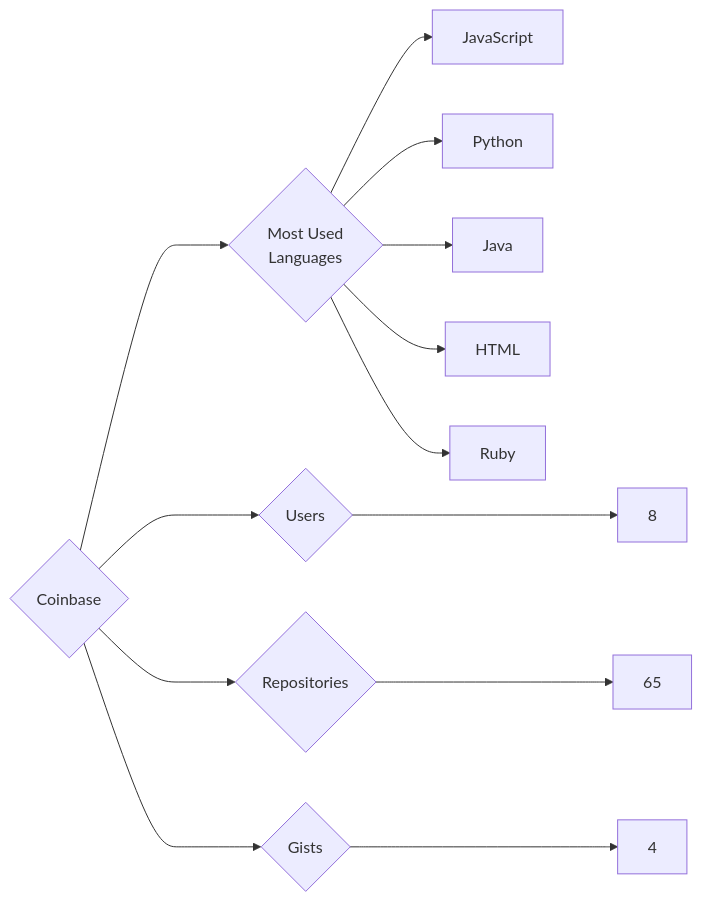
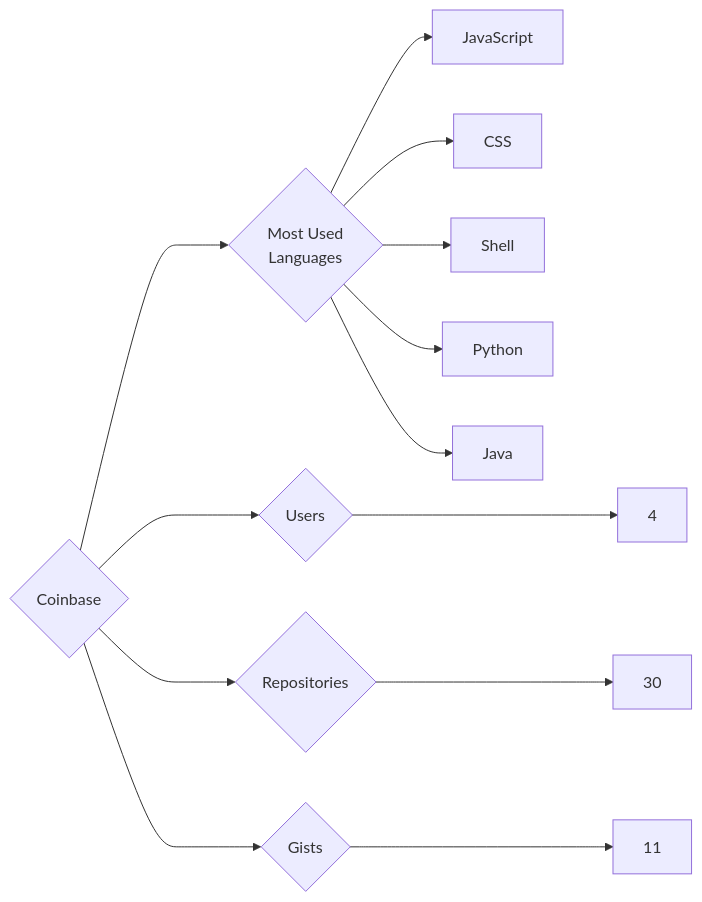
The diagram in targets/Coinbase/README.md (trickest/insiders), drawn with Mermaid before and after one commit. The commit also changed 618 other files, not shown here.

````diff
--- a/targets/Coinbase/README.md
+++ b/targets/Coinbase/README.md
@@ -3,13 +3,13 @@
 ```mermaid
 graph LR
 COMPANY_NAME{Coinbase}
-COMPANY_NAME ---> U{Users} ---> UN[8]
-COMPANY_NAME ---> R{Repositories} ---> RN[65]
-COMPANY_NAME ---> G{Gists} ---> GN[4]
+COMPANY_NAME ---> U{Users} ---> UN[4]
+COMPANY_NAME ---> R{Repositories} ---> RN[30]
+COMPANY_NAME ---> G{Gists} ---> GN[11]
 COMPANY_NAME ---> ML{Most Used<br>Languages}
 ML --> JavaScript[JavaScript]
+ML --> CSS[CSS]
+ML --> Shell[Shell]
 ML --> Python[Python]
 ML --> Java[Java]
-ML --> HTML[HTML]
-ML --> Ruby[Ruby]
 ```
````
